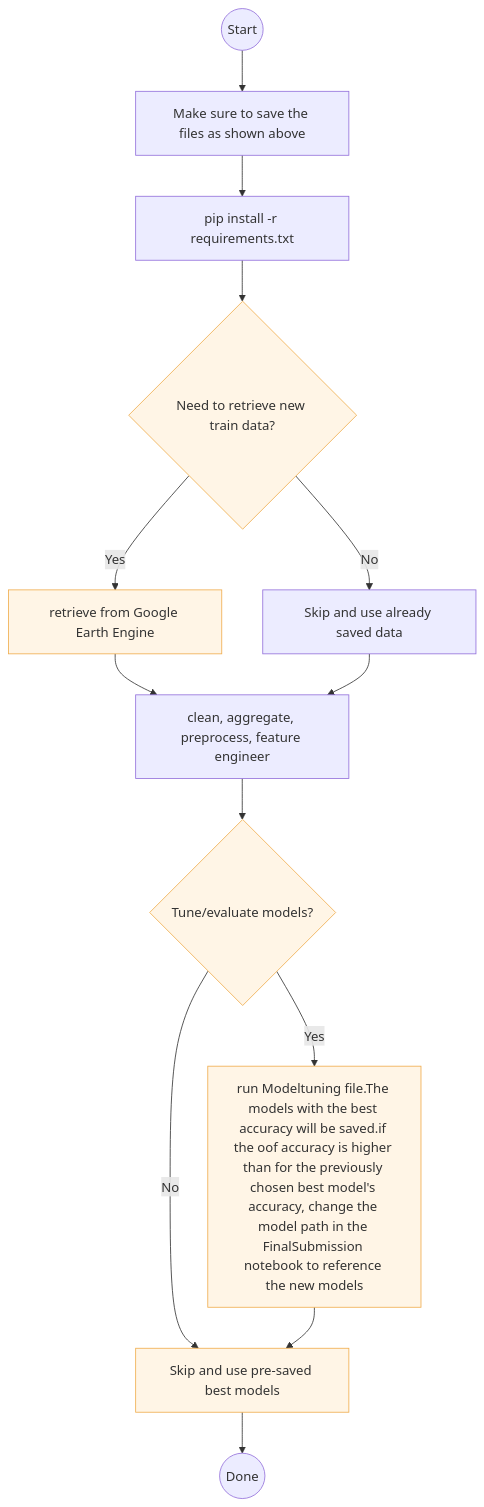
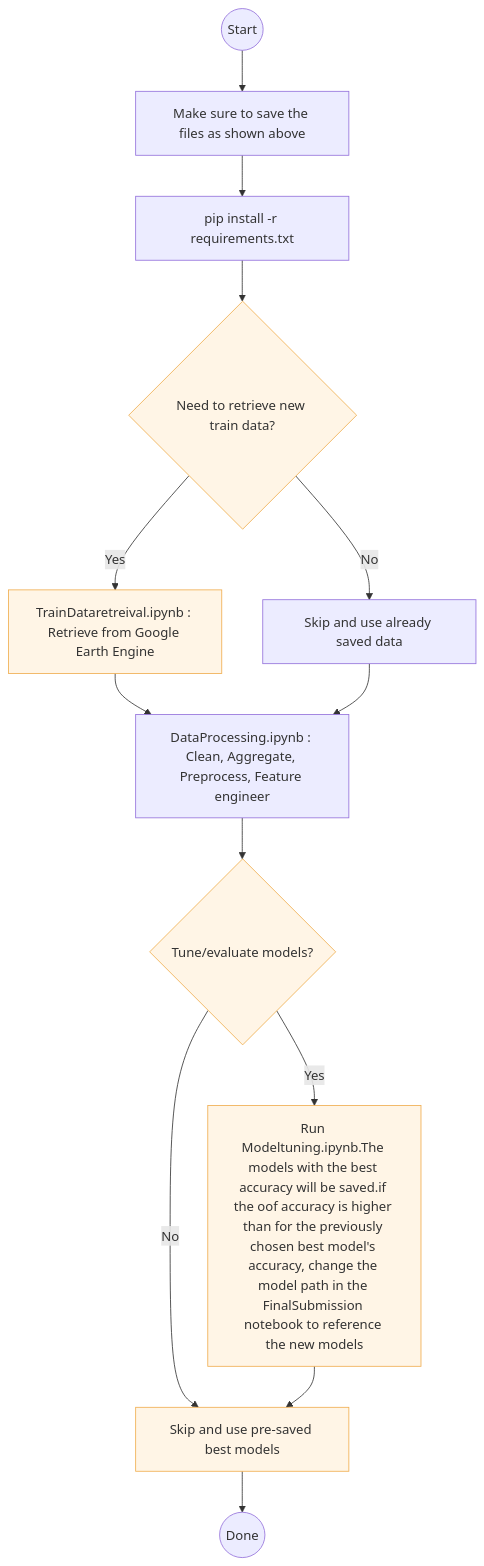
Before and after one commit to Julie-Montague/GEO_CROPMAPPING_CHALLENGE: the diagram in README.md, drawn with Mermaid.

````diff
--- a/README.md
+++ b/README.md
@@ -79,29 +79,29 @@
 ```mermaid
 flowchart TD
     %% Workflow for training & submission
 
     A((Start)) --> B[Make sure to save the files as shown above]
     B --> C[pip install -r requirements.txt]
 
     %% Optional: data retrieval
     C --> D{Need to retrieve new train data?}
-    D -- Yes --> E[retrieve from Google Earth Engine]
+    D -- Yes --> E[TrainDataretreival.ipynb : Retrieve from Google Earth Engine ]
     D -- No  --> F[Skip and use already saved data]
 
     %% Processing
-    E --> G[clean, aggregate, preprocess, feature engineer]
+    E --> G[DataProcessing.ipynb : Clean, Aggregate, Preprocess, Feature engineer]
     F --> G
 
     %% Optional: model tuning
     G --> H{Tune/evaluate models?}
-    H -- Yes --> I[run Modeltuning file.The models with the best accuracy will be saved.if the oof accuracy is higher than for the previously chosen best model's accuracy, change the model path in the FinalSubmission notebook to reference the new models]
+    H -- Yes --> I[Run Modeltuning.ipynb.The models with the best accuracy will be saved.if the oof accuracy is higher than for the previously chosen best model's accuracy, change the model path in the FinalSubmission notebook to reference the new models]
     H -- No  --> J[Skip and use pre-saved best models]
 
     %% Final submission
     I --> J
     J --> K((Done))
 
     %% Styling (optional)
     classDef optional fill:#fff5e6,stroke:#f0ad4e,stroke-width:1px;
     class D,E,H,I,J optional;
 ```
````
